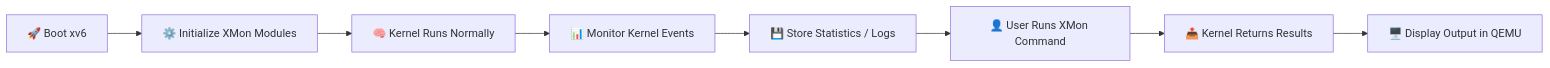
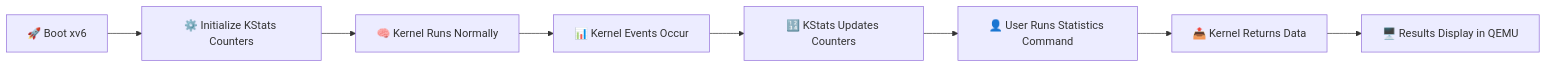
One commit to haseebniazii/KStats-Lightweight-Kernel-Statistics-for-xv6-RISC-V changed the second of 3 diagrams in README.md. Above: the diagram before and after it, drawn with Mermaid. The commit also changed other lines of this file, not shown here.

````diff
--- a/README.md
+++ b/README.md
@@ -77,11 +72,11 @@
 ```mermaid
 flowchart LR
 
-    A["🚀 Boot xv6"] --> B["⚙️ Initialize XMon Modules"]
+    A["🚀 Boot xv6"] --> B["⚙️ Initialize KStats Counters"]
     B --> C["🧠 Kernel Runs Normally"]
-    C --> D["📊 Monitor Kernel Events"]
-    D --> E["💾 Store Statistics / Logs"]
-    E --> F["👤 User Runs XMon Command"]
-    F --> G["📤 Kernel Returns Results"]
-    G --> H["🖥️ Display Output in QEMU"]
+    C --> D["📊 Kernel Events Occur"]
+    D --> E["🔢 KStats Updates Counters"]
+    E --> F["👤 User Runs Statistics Command"]
+    F --> G["📤 Kernel Returns Data"]
+    G --> H["🖥️ Results Display in QEMU"]
 ```
````
